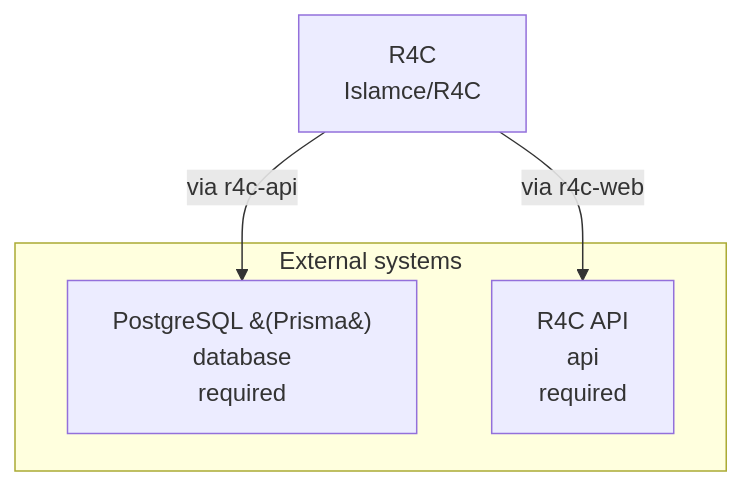
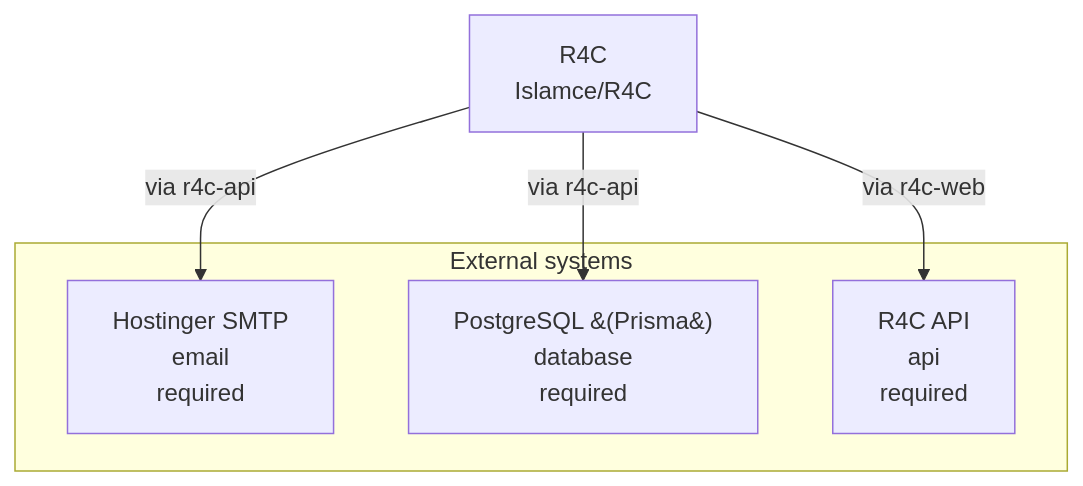
One commit to Islamce/R4C changed the diagram in .ai/diagrams/context.md. Above: the diagram before and after it, drawn with Mermaid. The commit also changed other lines of this file and 38 other files, not shown here.

First line of the commit message:
Add secure password-reset email flow (#70)

````diff
--- a/.ai/diagrams/context.md
+++ b/.ai/diagrams/context.md
@@ -7,10 +7,12 @@
 ```mermaid
 graph TB
   R4C["R4C<br/>Islamce/R4C"]
   subgraph external[External systems]
+    ext_Hostinger_SMTP["Hostinger SMTP<br/>email<br/>required"]
     ext_PostgreSQL_Prisma["PostgreSQL &#40;Prisma&#41;<br/>database<br/>required"]
     ext_R4C_API["R4C API<br/>api<br/>required"]
   end
+  R4C -->|via r4c-api| ext_Hostinger_SMTP
   R4C -->|via r4c-api| ext_PostgreSQL_Prisma
   R4C -->|via r4c-web| ext_R4C_API
 ```
````
